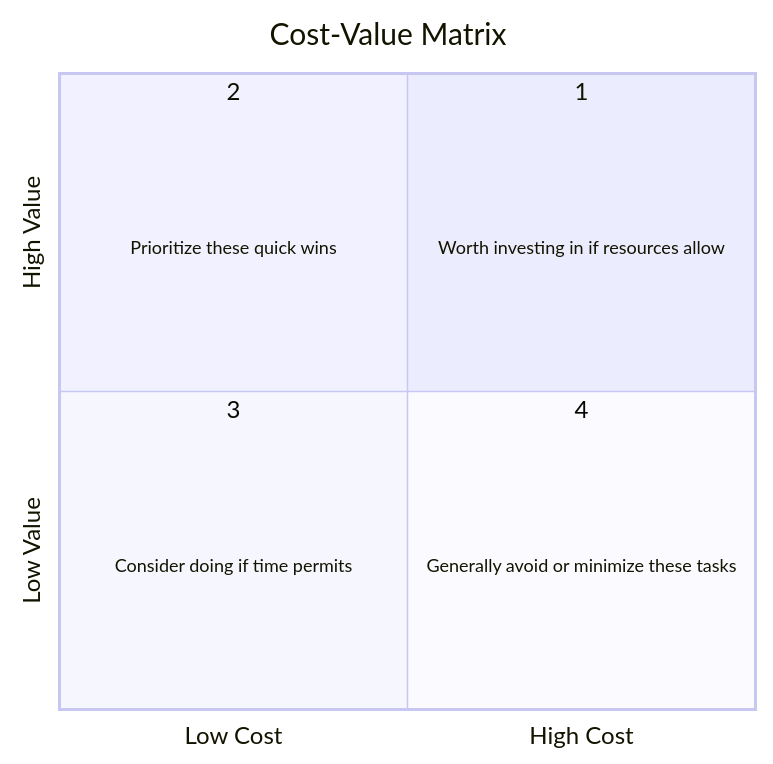
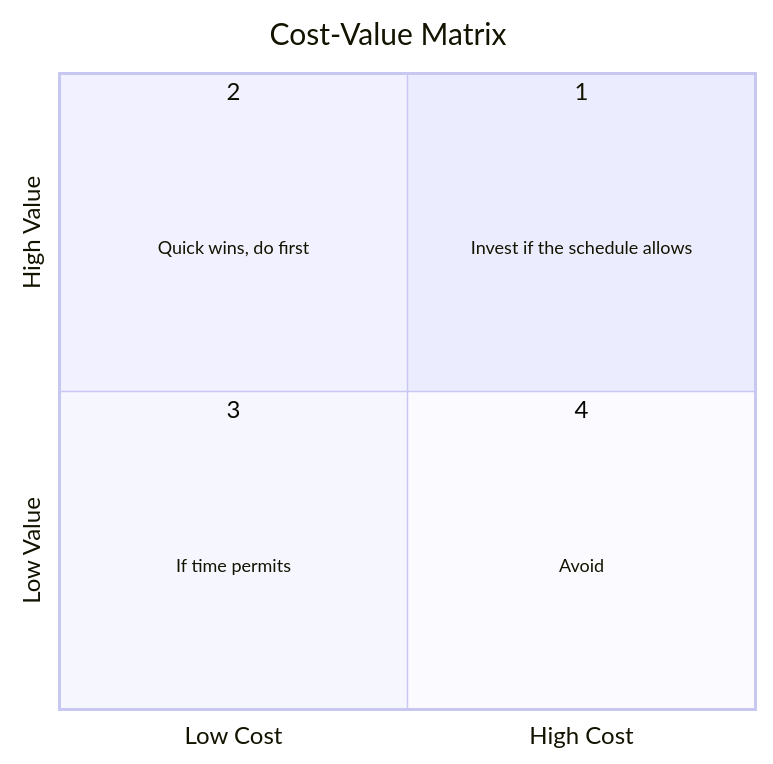
One commit to adulbrich/cs-capstone-handbook changed the third of 3 diagrams in src/content/docs/guides/planning.mdx. Above: the diagram before and after it, drawn with Mermaid. The commit also changed other lines of this file and 2 other files, not shown here.

````diff
--- a/src/content/docs/guides/planning.mdx
+++ b/src/content/docs/guides/planning.mdx
@@ -178,14 +167,14 @@
 ```mermaid
 quadrantChart
   title Cost-Value Matrix
   x-axis Low Cost --> High Cost
   y-axis Low Value --> High Value
-  quadrant-1 1 
-  quadrant-2 2 
-  quadrant-3 3 
+  quadrant-1 1
+  quadrant-2 2
+  quadrant-3 3
   quadrant-4 4
-  Worth investing in if resources allow: [0.75, 0.75] radius: 0
-  Prioritize these quick wins: [0.25, 0.75] radius: 0
-  Consider doing if time permits: [0.25, 0.25] radius: 0
-  Generally avoid or minimize these tasks: [0.75, 0.25] radius: 0
+  Invest if the schedule allows: [0.75, 0.75] radius: 0
+  Quick wins, do first: [0.25, 0.75] radius: 0
+  If time permits: [0.25, 0.25] radius: 0
+  Avoid: [0.75, 0.25] radius: 0
 ```
````
